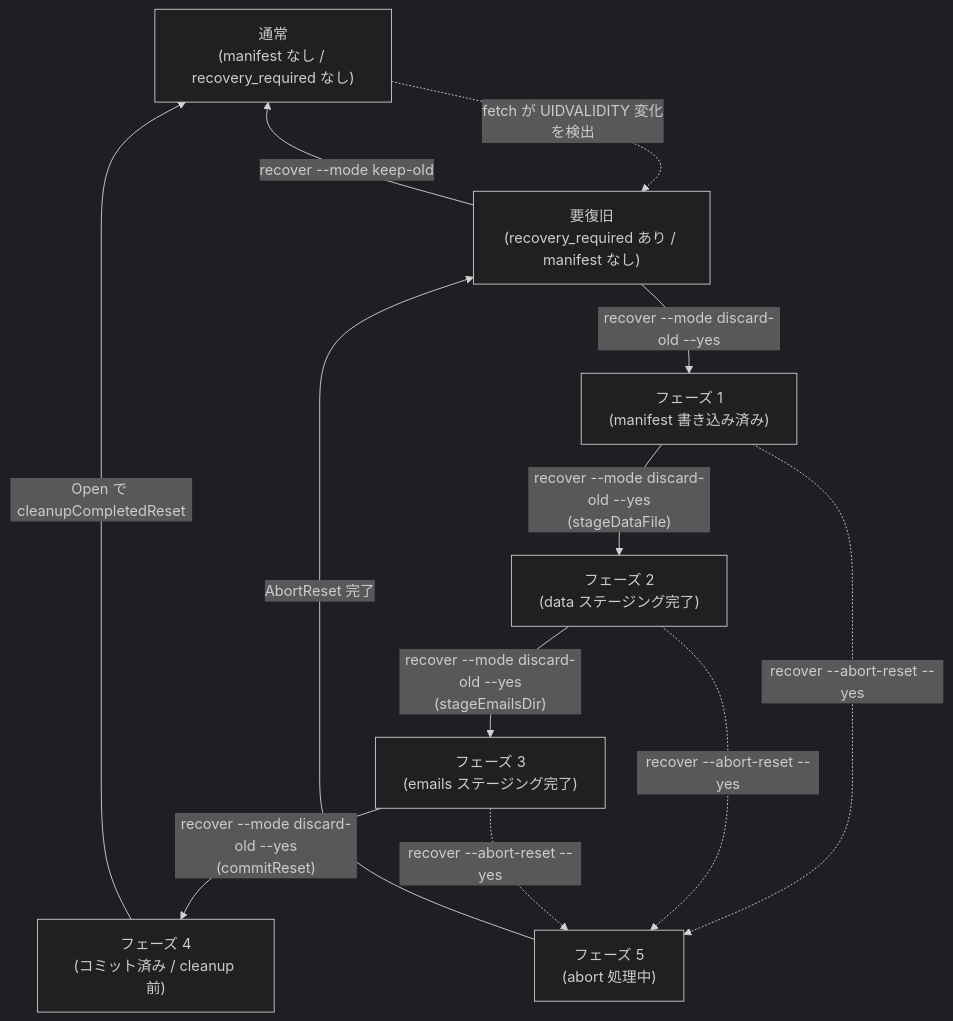
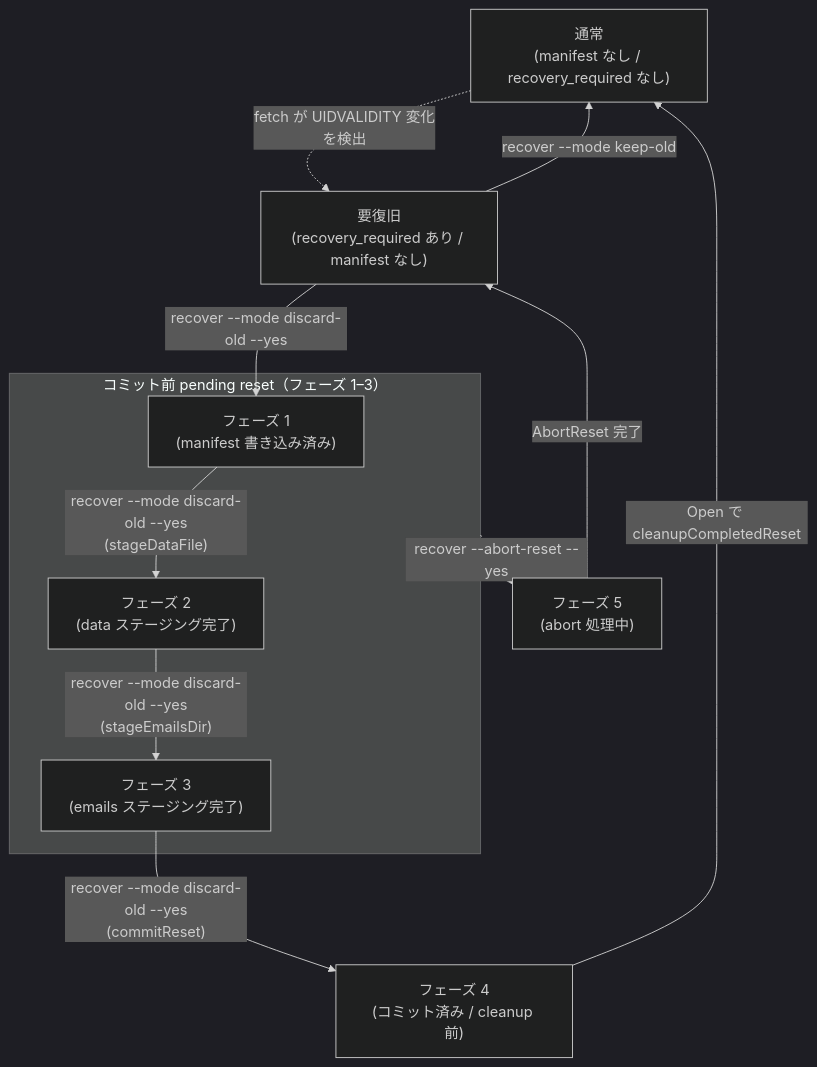
The diagram in docs/dev/adr/0003_reset_phase_design.ja.md (isseis/tlsrpt-digest), drawn with Mermaid (dark theme) before and after one commit. The commit also changed 1 other file, not shown here.

Commit message:
docs(adr-0003): group phases 1-3 in subgraph to reduce abort arrows
Replace three separate abort arrows (P1/P2/P3 → P5) with a single arrow
from a subgraph enclosing all pre-commit phases, reducing visual clutter.

````diff
--- a/docs/dev/adr/0003_reset_phase_design.ja.md
+++ b/docs/dev/adr/0003_reset_phase_design.ja.md
@@ -62,22 +62,23 @@
 ```mermaid
 flowchart TD
     Normal["通常<br>(manifest なし / recovery_required なし)"]
     RR["要復旧<br>(recovery_required あり / manifest なし)"]
-    P1["フェーズ 1<br>(manifest 書き込み済み)"]
-    P2["フェーズ 2<br>(data ステージング完了)"]
-    P3["フェーズ 3<br>(emails ステージング完了)"]
     P4["フェーズ 4<br>(コミット済み / cleanup 前)"]
     P5["フェーズ 5<br>(abort 処理中)"]
+
+    subgraph PendingReset["コミット前 pending reset（フェーズ 1–3）"]
+        P1["フェーズ 1<br>(manifest 書き込み済み)"]
+        P2["フェーズ 2<br>(data ステージング完了)"]
+        P3["フェーズ 3<br>(emails ステージング完了)"]
+    end
 
     Normal -.->|"fetch が UIDVALIDITY 変化を検出"| RR
     RR -->|"recover --mode keep-old"| Normal
     RR -->|"recover --mode discard-old --yes"| P1
     P1 -->|"recover --mode discard-old --yes<br>(stageDataFile)"| P2
     P2 -->|"recover --mode discard-old --yes<br>(stageEmailsDir)"| P3
     P3 -->|"recover --mode discard-old --yes<br>(commitReset)"| P4
     P4 -->|"Open で cleanupCompletedReset"| Normal
-    P1 -.->|"recover --abort-reset --yes"| P5
-    P2 -.->|"recover --abort-reset --yes"| P5
-    P3 -.->|"recover --abort-reset --yes"| P5
+    PendingReset -.->|"recover --abort-reset --yes"| P5
     P5 -->|"AbortReset 完了"| RR
 ```
````
